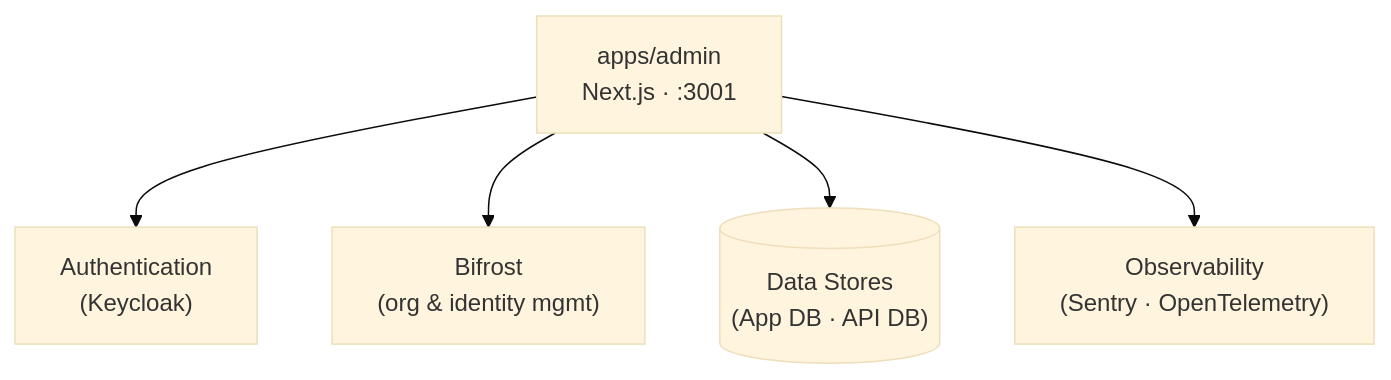
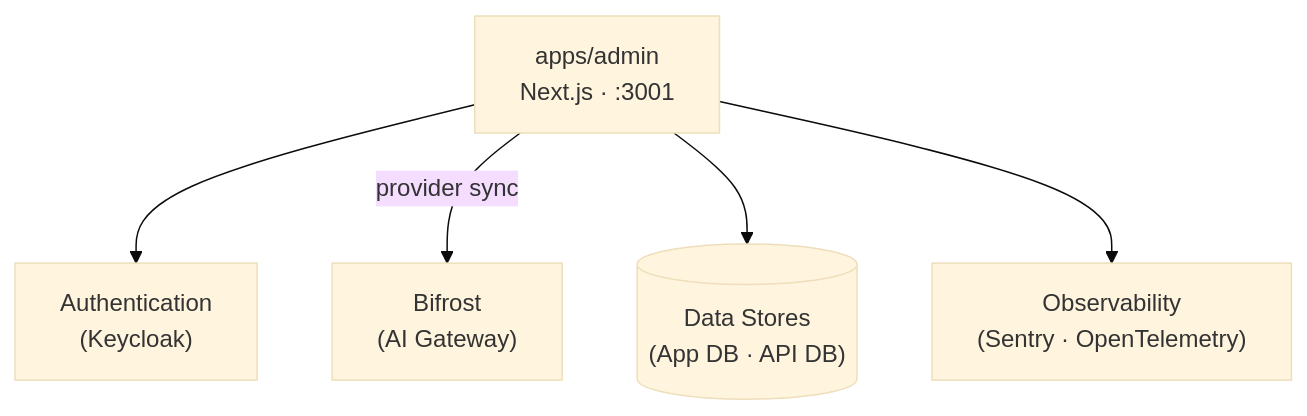
Before and after one commit to FWU-DE/telli-dialog: the third of 23 diagrams in docs/current_architecture/architecture.md, drawn with Mermaid (base theme). The commit also changed other lines of this file, not shown here.

First line of the commit message:
address PR review comments on architecture docs

````diff
--- a/docs/current_architecture/architecture.md
+++ b/docs/current_architecture/architecture.md
@@ -56,9 +55,9 @@
 ```mermaid
 graph TB
     admin["apps/admin\nNext.js · :3001"]
 
     admin --> auth["Authentication\n(Keycloak)"]
-    admin --> bifrost["Bifrost\n(org & identity mgmt)"]
+    admin -->|provider sync| bifrost["Bifrost\n(AI Gateway)"]
     admin --> data[("Data Stores\n(App DB · API DB)")]
     admin --> obs["Observability\n(Sentry · OpenTelemetry)"]
 ```
````
